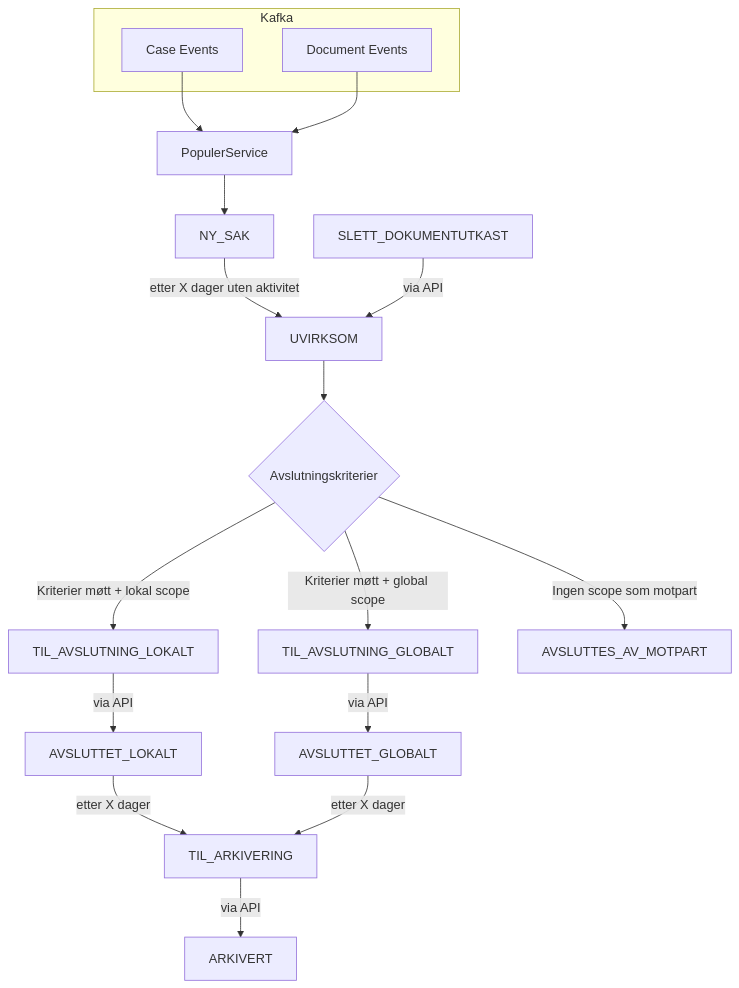
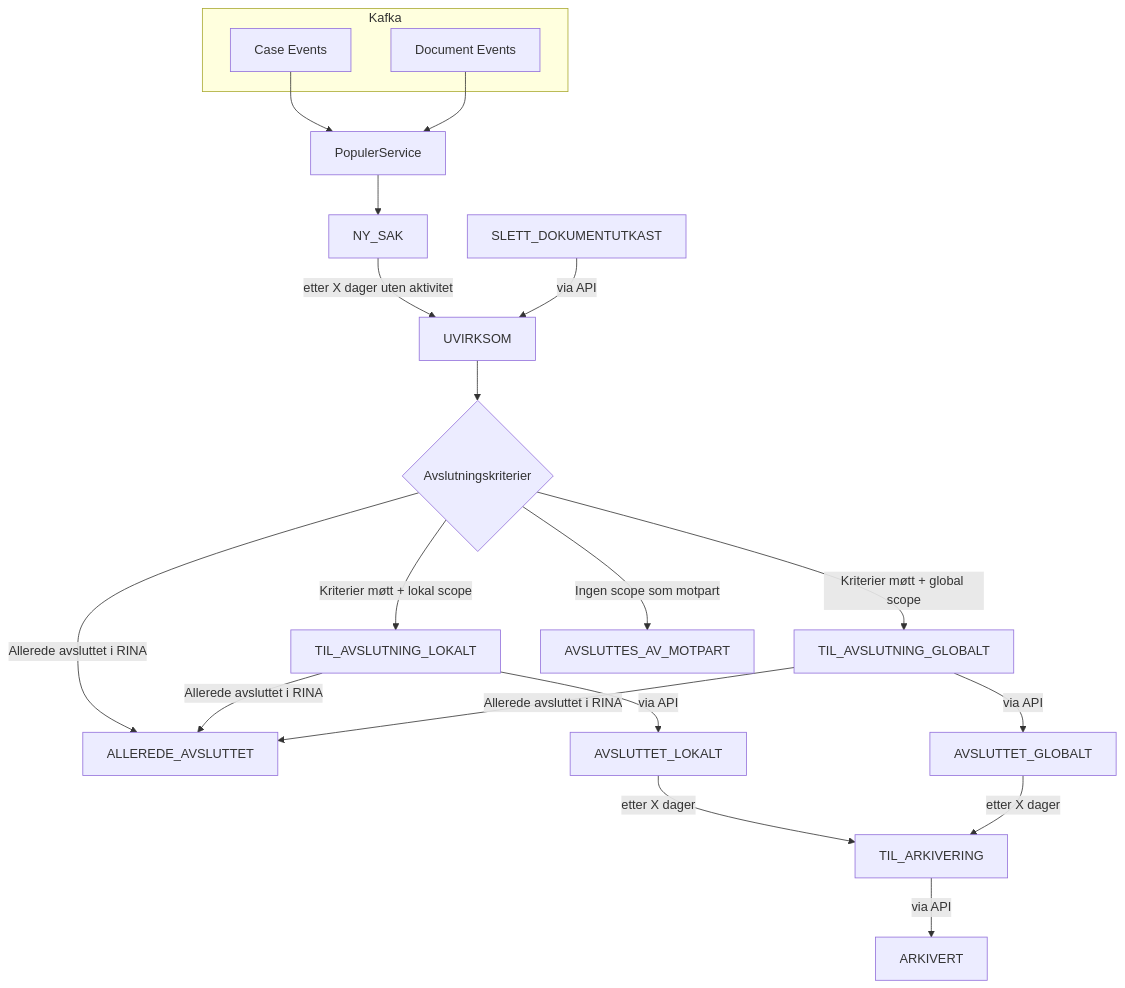
Before and after one commit to navikt/eux-avslutt-rinasaker: the second of 4 diagrams in readme.md, drawn with Mermaid. The commit also changed other lines of this file and 9 other files, not shown here.

First line of the commit message:
Håndter saker som allerede er avsluttet i RINA

````diff
--- a/readme.md
+++ b/readme.md
@@ -33,29 +33,32 @@
 ```mermaid
 flowchart TD
     subgraph Kafka
         CaseEvent[Case Events]
         DocEvent[Document Events]
     end
 
     CaseEvent --> PopulerService
     DocEvent --> PopulerService
     PopulerService --> NY_SAK
 
     NY_SAK -->|etter X dager uten aktivitet| UVIRKSOM
 
     UVIRKSOM --> TilAvslutningEval{Avslutningskriterier}
     
     TilAvslutningEval -->|Kriterier møtt + lokal scope| TIL_AVSLUTNING_LOKALT
     TilAvslutningEval -->|Kriterier møtt + global scope| TIL_AVSLUTNING_GLOBALT
     TilAvslutningEval -->|Ingen scope som motpart| AVSLUTTES_AV_MOTPART
+    TilAvslutningEval -->|Allerede avsluttet i RINA| ALLEREDE_AVSLUTTET
     
     TIL_AVSLUTNING_LOKALT -->|via API| AVSLUTTET_LOKALT
     TIL_AVSLUTNING_GLOBALT -->|via API| AVSLUTTET_GLOBALT
+    TIL_AVSLUTNING_LOKALT -->|Allerede avsluttet i RINA| ALLEREDE_AVSLUTTET
+    TIL_AVSLUTNING_GLOBALT -->|Allerede avsluttet i RINA| ALLEREDE_AVSLUTTET
     
     AVSLUTTET_LOKALT -->|etter X dager| TIL_ARKIVERING
     AVSLUTTET_GLOBALT -->|etter X dager| TIL_ARKIVERING
     
     TIL_ARKIVERING -->|via API| ARKIVERT
 
     SLETT_DOKUMENTUTKAST -->|via API| UVIRKSOM
 ```
````
